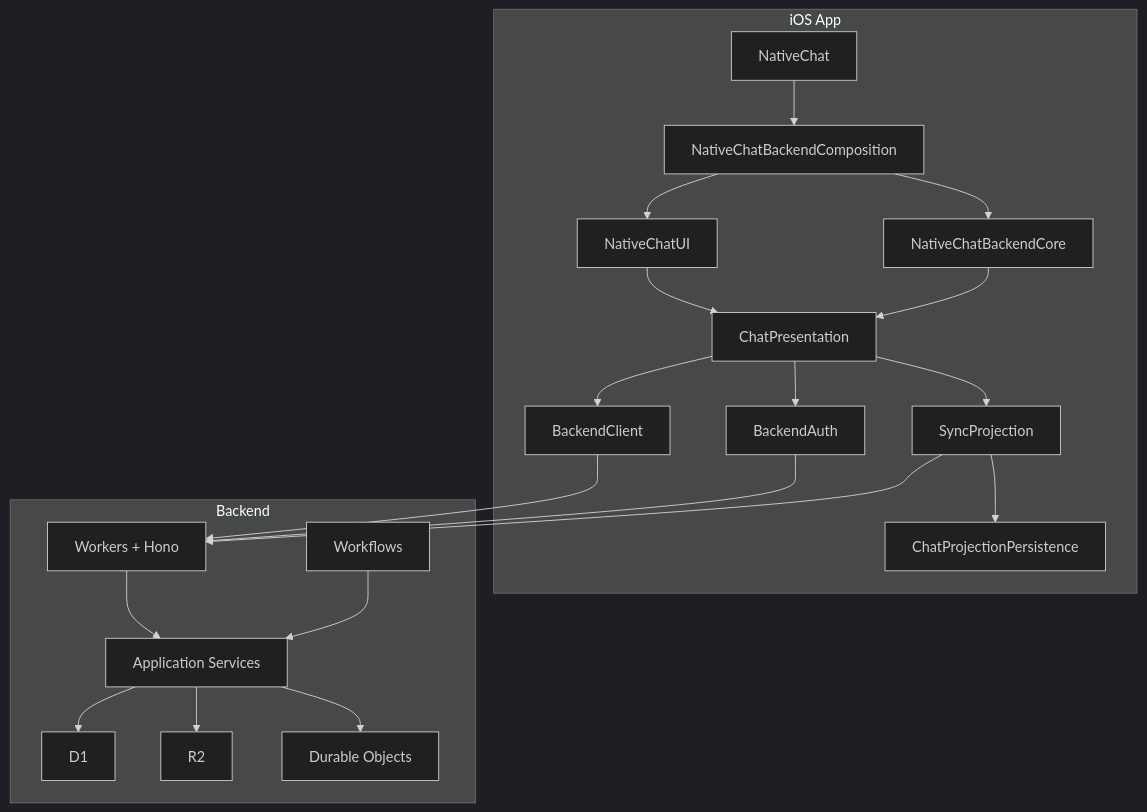
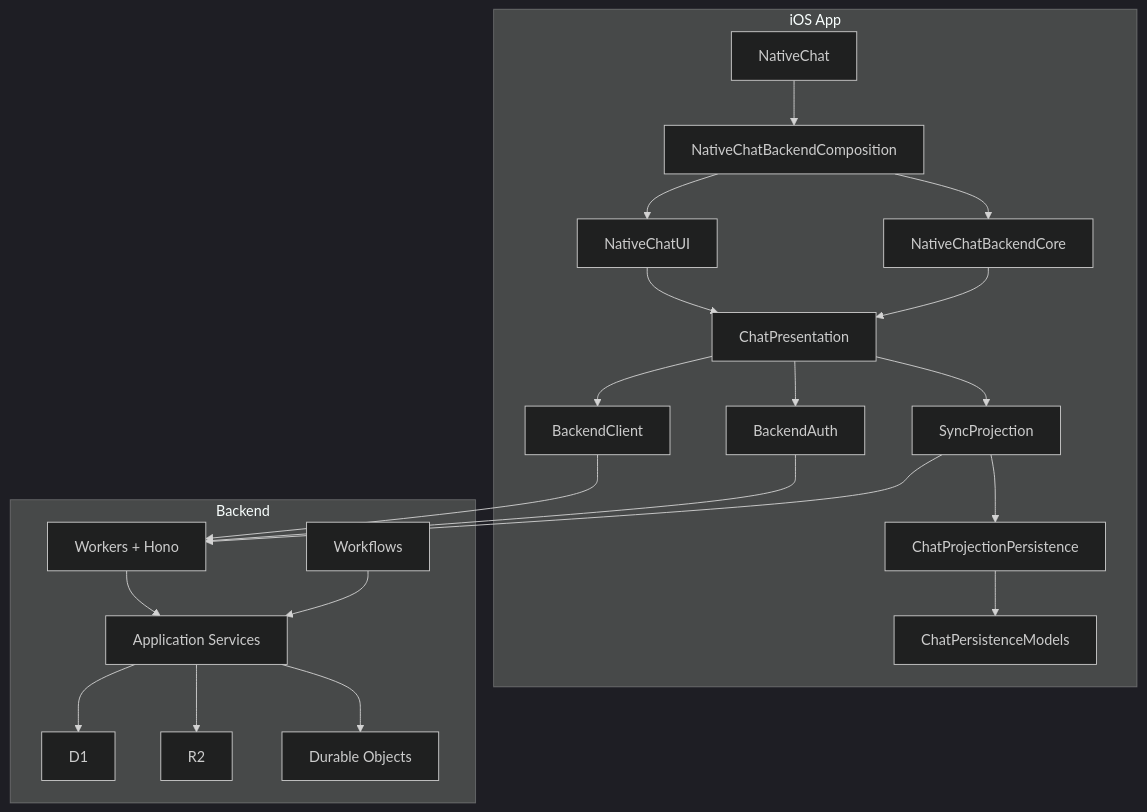
The diagram in README.md (ljnpro/GlassGPT), drawn with Mermaid (dark theme) before and after one commit. The commit also changed other lines of this file and 312 other files, not shown here.

````diff
--- a/README.md
+++ b/README.md
@@ -29,26 +29,27 @@
 ```mermaid
 graph TD
     subgraph iOS App
         A["NativeChatUI"] --> B["ChatPresentation"]
         B --> C["BackendClient"]
         B --> D["BackendAuth"]
         B --> E["SyncProjection"]
         E --> F["ChatProjectionPersistence"]
+        F --> P["ChatPersistenceModels"]
         G["NativeChatBackendComposition"] --> A
         G --> H["NativeChatBackendCore"]
         H --> B
         I["NativeChat"] --> G
     end
 
     subgraph Backend
         J["Workers + Hono"] --> K["Application Services"]
         K --> L["D1"]
         K --> M["R2"]
         K --> N["Durable Objects"]
         O["Workflows"] --> K
     end
 
     C --> J
     D --> J
     E --> J
 ```
````
